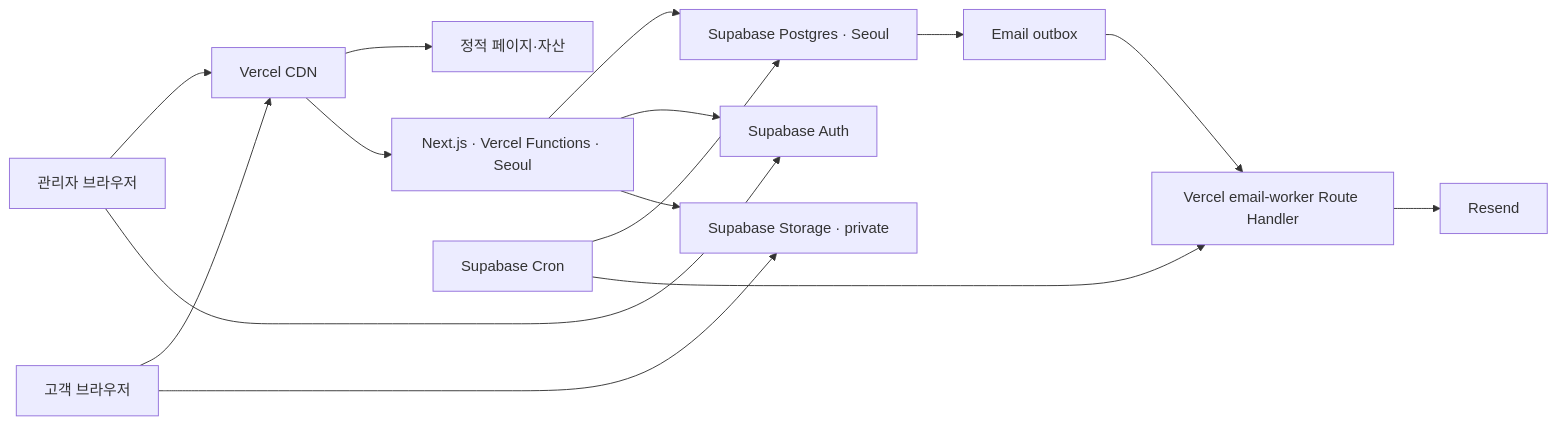
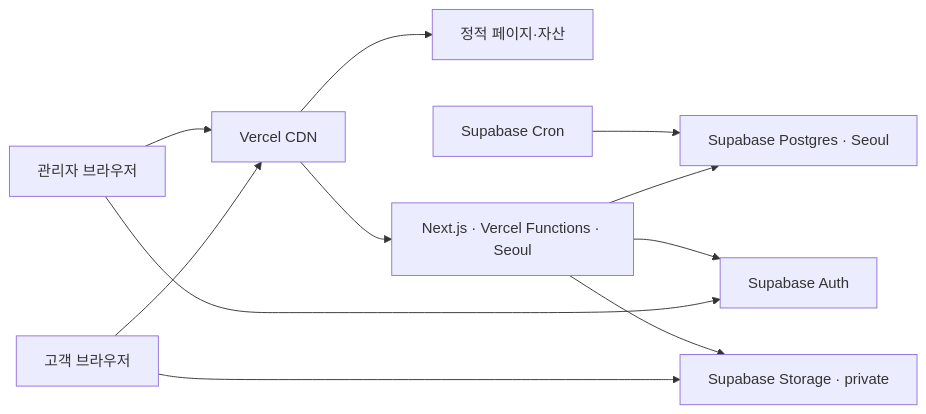
One commit to boothboothch-arch/boothbooth changed the first of 2 diagrams in docs/TECHNICAL_DESIGN.md. Above: the diagram before and after it, drawn with Mermaid. The commit also changed other lines of this file and 47 other files, not shown here.

````diff
--- a/docs/TECHNICAL_DESIGN.md
+++ b/docs/TECHNICAL_DESIGN.md
@@ -48,17 +46,13 @@
 ```mermaid
 flowchart LR
   U["고객 브라우저"] --> CDN["Vercel CDN"]
   A["관리자 브라우저"] --> CDN
   CDN --> STATIC["정적 페이지·자산"]
   CDN --> VF["Next.js · Vercel Functions · Seoul"]
   VF --> DB["Supabase Postgres · Seoul"]
   A --> AUTH["Supabase Auth"]
   VF --> AUTH
   U --> STORAGE["Supabase Storage · private"]
   VF --> STORAGE
   CRON["Supabase Cron"] --> DB
-  DB --> OUTBOX["Email outbox"]
-  CRON --> W["Vercel email-worker Route Handler"]
-  OUTBOX --> W
-  W --> MAIL["Resend"]
 ```
````
